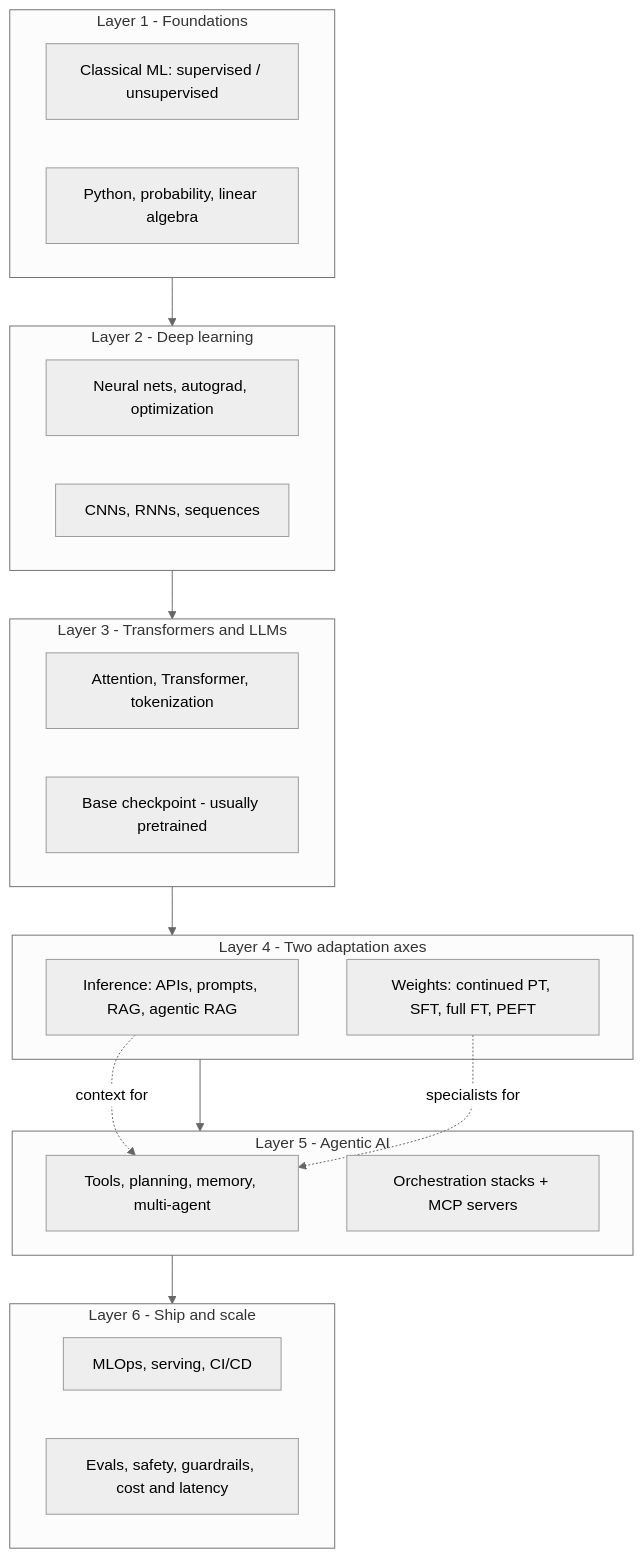
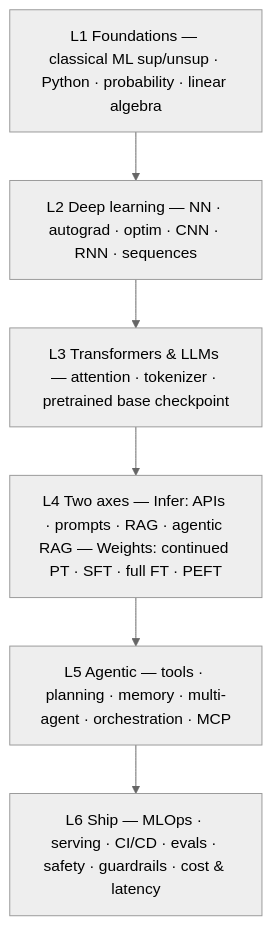
Before and after one commit to aditya-caltechie/ai-omniverse: the second of 2 diagrams in README.md, drawn with Mermaid (neutral theme). The commit also changed other lines of this file, not shown here.

````diff
--- a/README.md
+++ b/README.md
@@ -76,31 +78,10 @@
 ```mermaid
 flowchart TB
-  subgraph L1 [Layer 1 - Foundations]
-    F1[Classical ML: supervised / unsupervised]
-    F2[Python, probability, linear algebra]
-  end
-  subgraph L2 [Layer 2 - Deep learning]
-    D1[Neural nets, autograd, optimization]
-    D2[CNNs, RNNs, sequences]
-  end
-  subgraph L3 [Layer 3 - Transformers and LLMs]
-    T1[Attention, Transformer, tokenization]
-    T2[Base checkpoint - usually pretrained]
-  end
-  subgraph L4 [Layer 4 - Two adaptation axes]
-    I1[Inference: APIs, prompts, RAG, agentic RAG]
-    W1[Weights: continued PT, SFT, full FT, PEFT]
-  end
-  subgraph L5 [Layer 5 - Agentic AI]
-    A1[Tools, planning, memory, multi-agent]
-    A2[Orchestration stacks + MCP servers]
-  end
-  subgraph L6 [Layer 6 - Ship and scale]
-    P1[MLOps, serving, CI/CD]
-    P2[Evals, safety, guardrails, cost and latency]
-  end
-  L1 --> L2 --> L3 --> L4
-  L4 --> L5 --> L6
-  I1 -.->|context for| A1
-  W1 -.->|specialists for| A1
+  L1["L1 Foundations — classical ML sup/unsup · Python · probability · linear algebra"]
+  L2["L2 Deep learning — NN · autograd · optim · CNN · RNN · sequences"]
+  L3["L3 Transformers & LLMs — attention · tokenizer · pretrained base checkpoint"]
+  L4["L4 Two axes — Infer: APIs · prompts · RAG · agentic RAG — Weights: continued PT · SFT · full FT · PEFT"]
+  L5["L5 Agentic — tools · planning · memory · multi-agent · orchestration · MCP"]
+  L6["L6 Ship — MLOps · serving · CI/CD · evals · safety · guardrails · cost & latency"]
+  L1 --> L2 --> L3 --> L4 --> L5 --> L6
 ```
````
